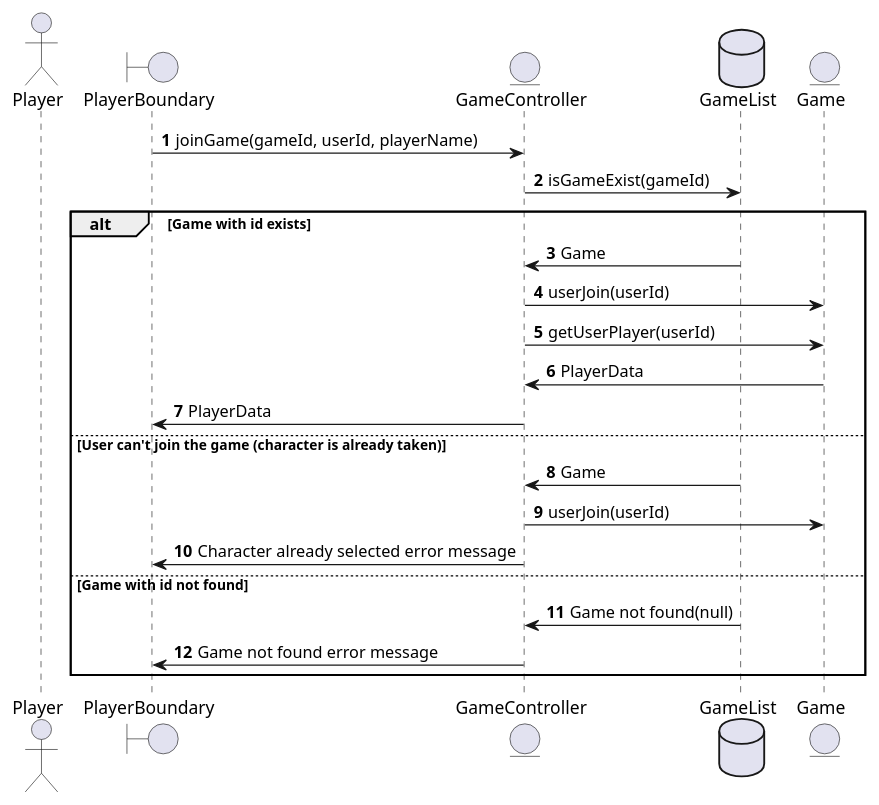
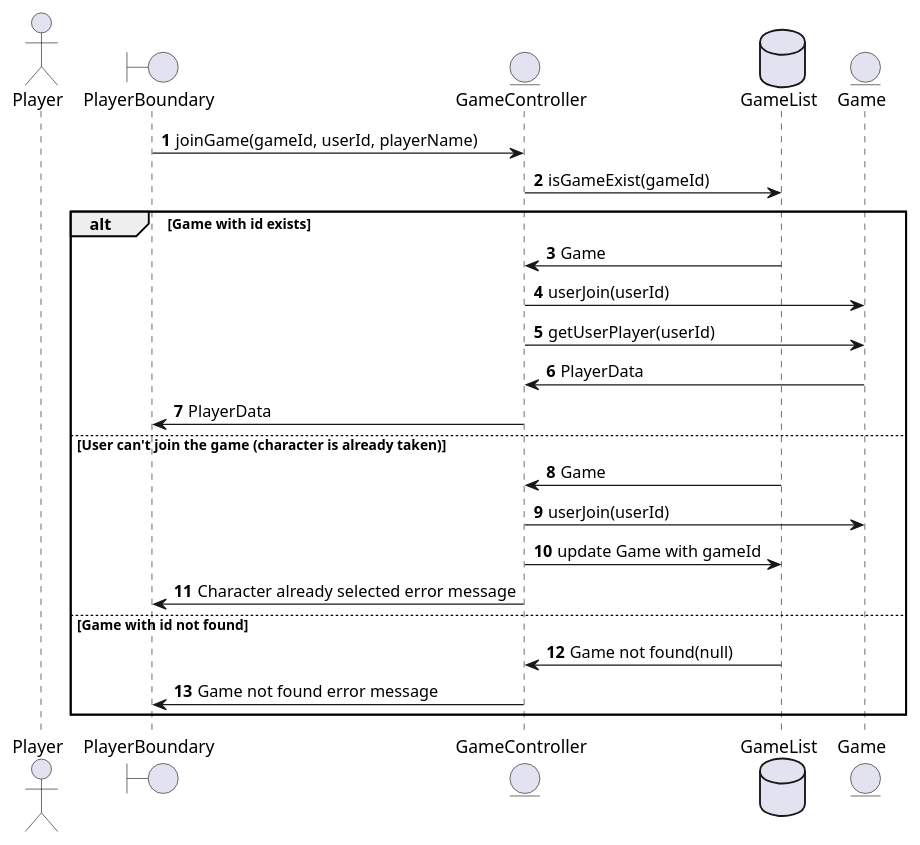
Before and after one commit to gurmsc5/Clue-Less: the diagram in clue-less-backend/join_game.puml, drawn with PlantUML. The commit also changed 4 other files, not shown here.

Commit message:
18 - Added suggestion action seq diagram

```diff
--- a/clue-less-backend/join_game.puml
+++ b/clue-less-backend/join_game.puml
@@ -1,28 +1,29 @@
 @startuml
 
 autonumber
 actor Player
 boundary PlayerBoundary
 entity GameController
 PlayerBoundary -> GameController: joinGame(gameId, userId, playerName)
 database GameList
 entity Game
 GameController -> GameList: isGameExist(gameId)
 
 alt Game with id exists
     GameList -> GameController: Game
     GameController -> Game: userJoin(userId)
     GameController -> Game: getUserPlayer(userId)
     Game -> GameController: PlayerData
     GameController -> PlayerBoundary: PlayerData
 
 else User can't join the game (character is already taken)
     GameList -> GameController: Game
     GameController -> Game: userJoin(userId)
+    GameController -> GameList: update Game with gameId
     GameController -> PlayerBoundary: Character already selected error message
 
 else Game with id not found
     GameList -> GameController: Game not found(null)
     GameController -> PlayerBoundary: Game not found error message
 end
 @enduml
```
